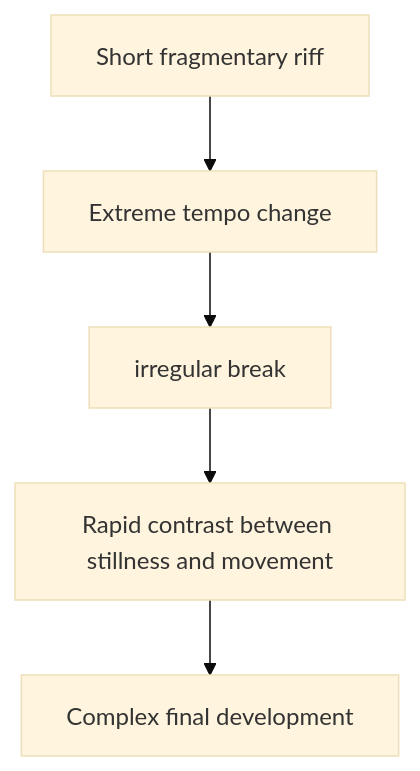
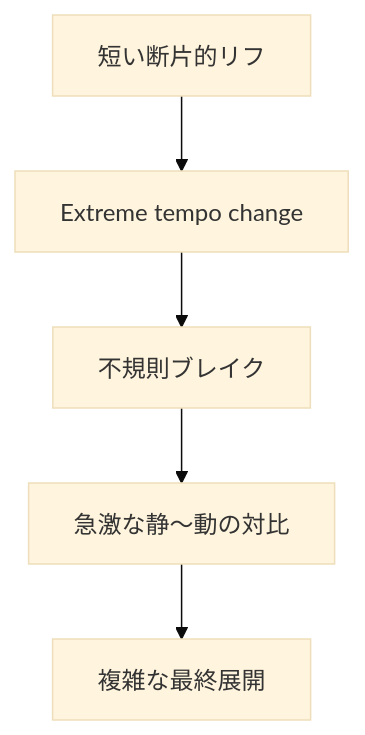
One commit to monumental-movement/monumental-movement.github.io changed the first of 3 diagrams in en/_posts/2025-12-09-column-mathcore-experimental-metal.md. Above: the diagram before and after it, drawn with Mermaid (base theme). The commit also changed other lines of this file and 2196 other files, not shown here.

```diff
--- a/en/_posts/2025-12-09-column-mathcore-experimental-metal.md
+++ b/en/_posts/2025-12-09-column-mathcore-experimental-metal.md
@@ -98,7 +97,7 @@
 <div class="mermaid">
 flowchart TD
-    A["Short fragmentary riff"] --> B["Extreme tempo change"]
-    B --> C["irregular break"]
-    C --> D["Rapid contrast between stillness and movement"]
-    D --> E["Complex final development"]
+    A["短い断片的リフ"] --> B["Extreme tempo change"]
+    B --> C["不規則ブレイク"]
+    C --> D["急激な静〜動の対比"]
+    D --> E["複雑な最終展開"]
 </div>
```
